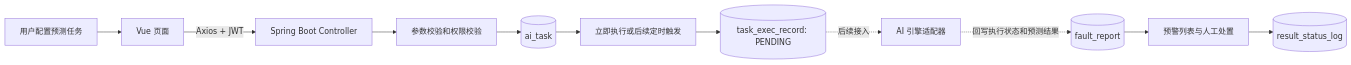
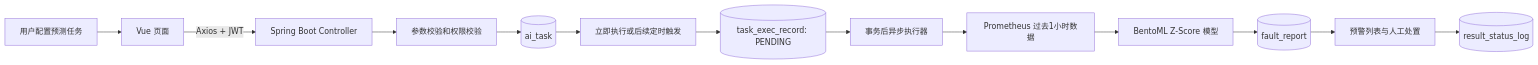
One commit to Xqazwsxedc/xinchuang-diagnosis-platform changed the first of 2 diagrams in docs/tech-sharing/AI故障预测调用流程与API服务技术交流.md. Above: the diagram before and after it, drawn with Mermaid. The commit also changed other lines of this file and 44 other files, not shown here.

````diff
--- a/docs/tech-sharing/AI故障预测调用流程与API服务技术交流.md
+++ b/docs/tech-sharing/AI故障预测调用流程与API服务技术交流.md
@@ -33,13 +33,15 @@
 ```mermaid
 flowchart LR
     A[用户配置预测任务] --> B[Vue 页面]
     B -->|Axios + JWT| C[Spring Boot Controller]
     C --> D[参数校验和权限校验]
     D --> E[(ai_task)]
     E --> F[立即执行或后续定时触发]
     F --> G[(task_exec_record: PENDING)]
-    G -.后续接入.-> H[AI 引擎适配器]
-    H -.回写执行状态和预测结果.-> I[(fault_report)]
+    G --> H[事务后异步执行器]
+    H --> L[Prometheus 过去1小时数据]
+    L --> M[BentoML Z-Score 模型]
+    M --> I[(fault_report)]
     I --> J[预警列表与人工处置]
     J --> K[(result_status_log)]
 ```
````
